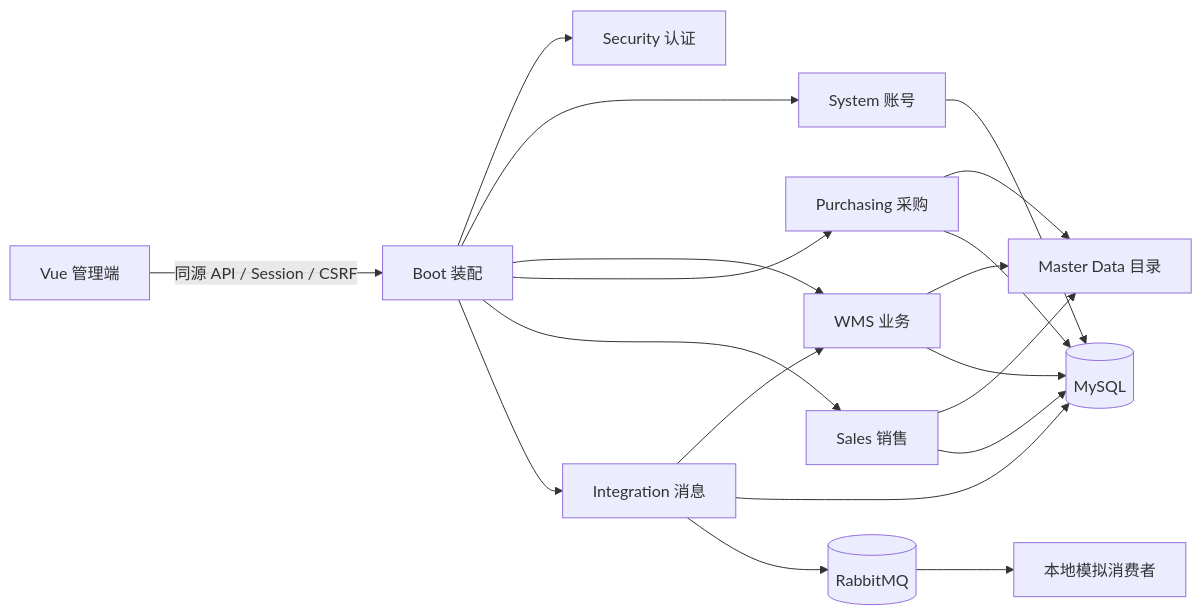
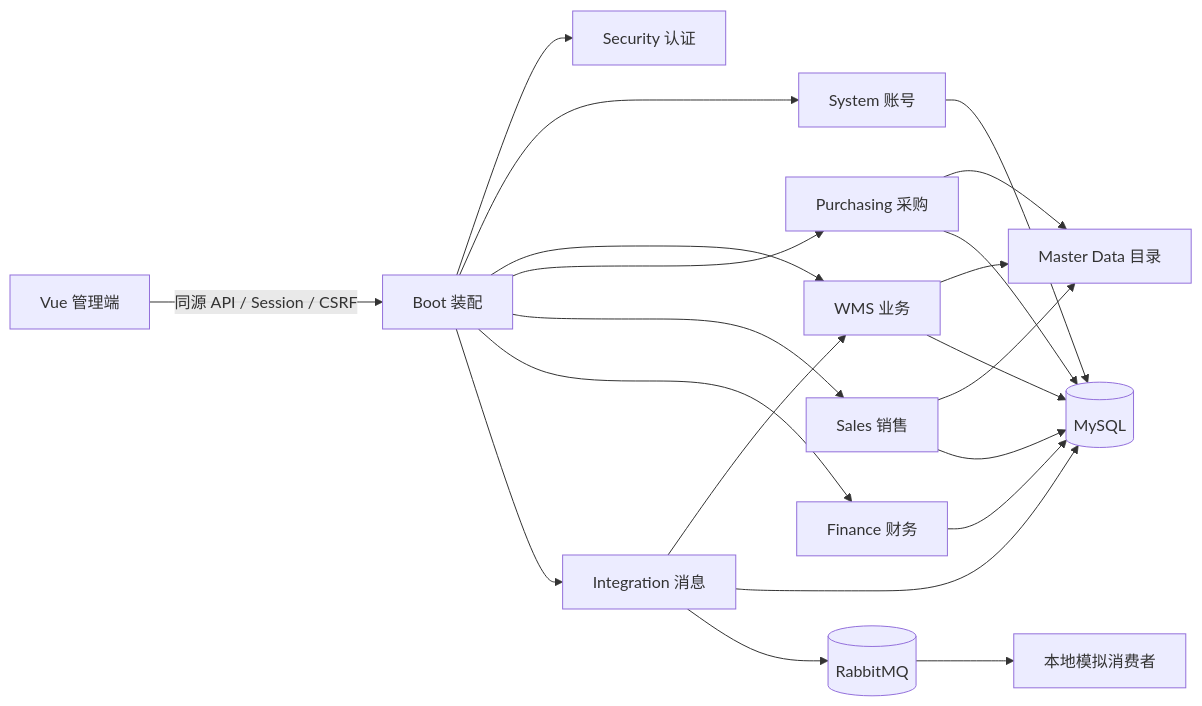
One commit to acczff/mdop-platform changed the diagram in docs/reference/architecture.md. Above: the diagram before and after it, drawn with Mermaid. The commit also changed other lines of this file and 36 other files, not shown here.

````diff
--- a/docs/reference/architecture.md
+++ b/docs/reference/architecture.md
@@ -27,21 +28,23 @@
 ```mermaid
 flowchart LR
   UI[Vue 管理端] -->|同源 API / Session / CSRF| BOOT[Boot 装配]
   BOOT --> SEC[Security 认证]
   BOOT --> SYS[System 账号]
   BOOT --> WMS[WMS 业务]
   BOOT --> PUR[Purchasing 采购]
   BOOT --> SAL[Sales 销售]
+  BOOT --> FIN[Finance 财务]
+  FIN --> DB
   SAL --> MDM
   SAL --> DB
   PUR --> MDM
   PUR --> DB
   BOOT --> INT[Integration 消息]
   WMS --> MDM[Master Data 目录]
   WMS --> DB[(MySQL)]
   SYS --> DB
   INT --> WMS
   INT --> DB
   INT --> MQ[(RabbitMQ)]
   MQ --> SIM[本地模拟消费者]
 ```
````
